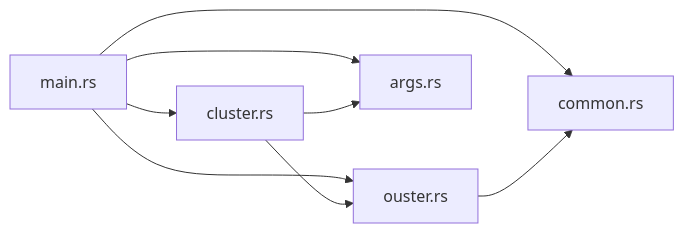
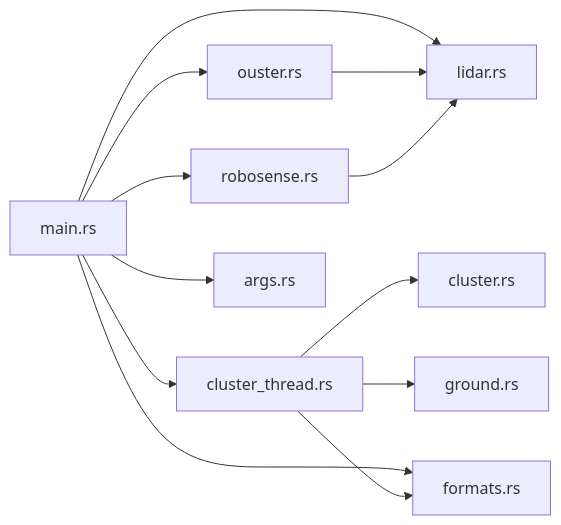
The second of 5 diagrams in ARCHITECTURE.md (EdgeFirstAI/lidarpub), drawn with Mermaid before and after one commit. The commit also changed other lines of this file and 5 other files, not shown here.

````diff
--- a/ARCHITECTURE.md
+++ b/ARCHITECTURE.md
@@ -138,18 +140,24 @@
 ```mermaid
 graph LR
     main["main.rs"]
     ouster["ouster.rs"]
+    robosense["robosense.rs"]
+    cluster_thread["cluster_thread.rs"]
     cluster["cluster.rs"]
+    ground["ground.rs"]
+    formats["formats.rs"]
     args["args.rs"]
-    common["common.rs"]
-    
+    lidar["lidar.rs"]
+
     main --> args
     main --> ouster
-    main --> cluster
-    main --> common
-    
-    ouster --> common
-    
-    cluster --> args
-    cluster --> ouster
+    main --> robosense
+    main --> cluster_thread
+    main --> formats
+    main --> lidar
+    cluster_thread --> cluster
+    cluster_thread --> ground
+    cluster_thread --> formats
+    ouster --> lidar
+    robosense --> lidar
 ```
````
